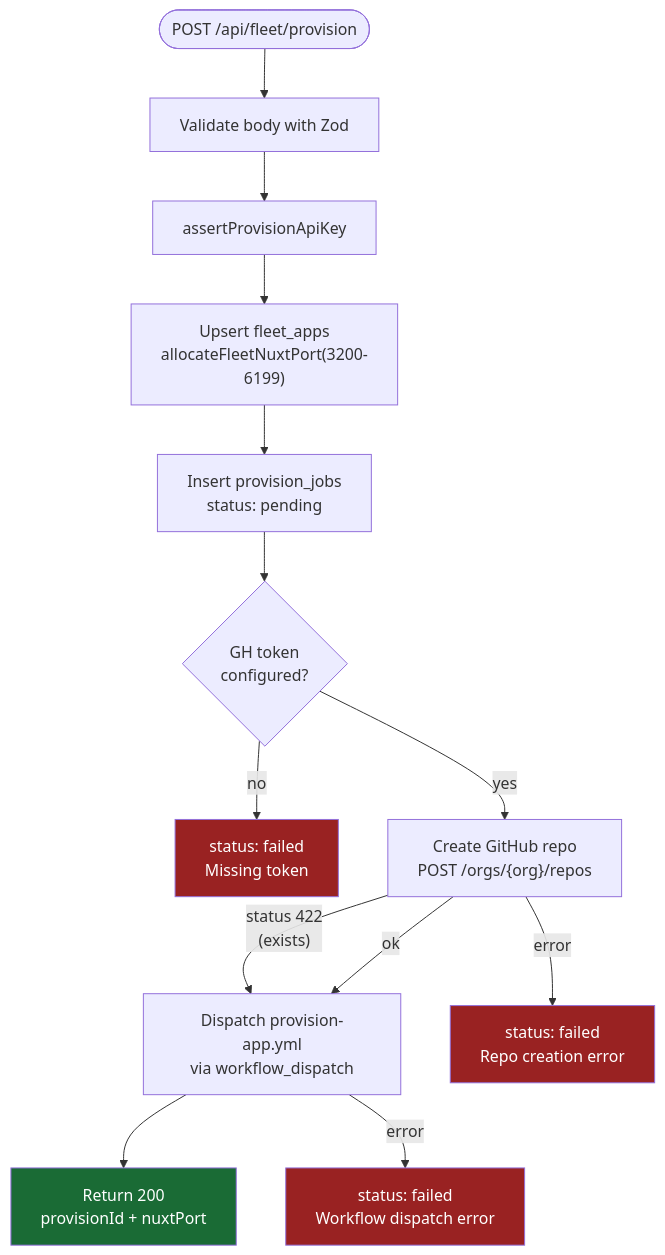
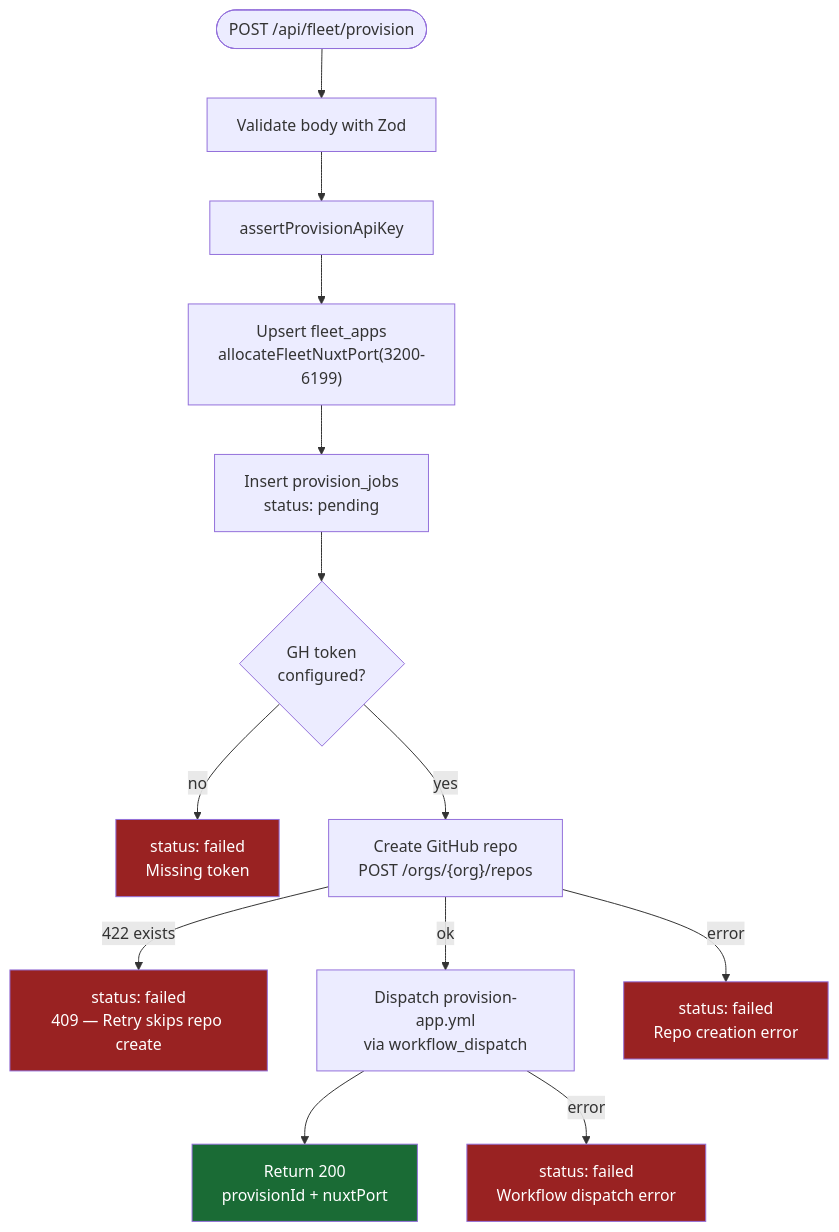
Before and after one commit to narduk-enterprises/control-plane: the second of 6 diagrams in docs/provisioning-pipeline.md, drawn with Mermaid. The commit also changed other lines of this file and 80 other files, not shown here.

````diff
--- a/docs/provisioning-pipeline.md
+++ b/docs/provisioning-pipeline.md
@@ -74,20 +78,21 @@
 ```mermaid
 flowchart TD
     START([POST /api/fleet/provision]) --> VALIDATE[Validate body with Zod]
     VALIDATE --> AUTH[assertProvisionApiKey]
     AUTH --> UPSERT["Upsert fleet_apps\nallocateFleetNuxtPort(3200-6199)"]
     UPSERT --> JOB["Insert provision_jobs\nstatus: pending"]
     JOB --> TOKEN{GH token\nconfigured?}
     TOKEN -- no --> FAIL_TOKEN[status: failed\nMissing token]
     TOKEN -- yes --> REPO["Create GitHub repo\nPOST /orgs/{org}/repos"]
-    REPO -- "status 422\n(exists)" --> DISPATCH
+    REPO -- "422 exists" --> FAIL_422["status: failed\n409 — Retry skips repo create"]
     REPO -- ok --> DISPATCH
     REPO -- error --> FAIL_REPO["status: failed\nRepo creation error"]
     DISPATCH["Dispatch provision-app.yml\nvia workflow_dispatch"] --> OK["Return 200\nprovisionId + nuxtPort"]
     DISPATCH -- error --> FAIL_DISPATCH["status: failed\nWorkflow dispatch error"]
 
     style FAIL_TOKEN fill:#922,color:#fff
+    style FAIL_422 fill:#922,color:#fff
     style FAIL_REPO fill:#922,color:#fff
     style FAIL_DISPATCH fill:#922,color:#fff
     style OK fill:#1a6b35,color:#fff
 ```
````
